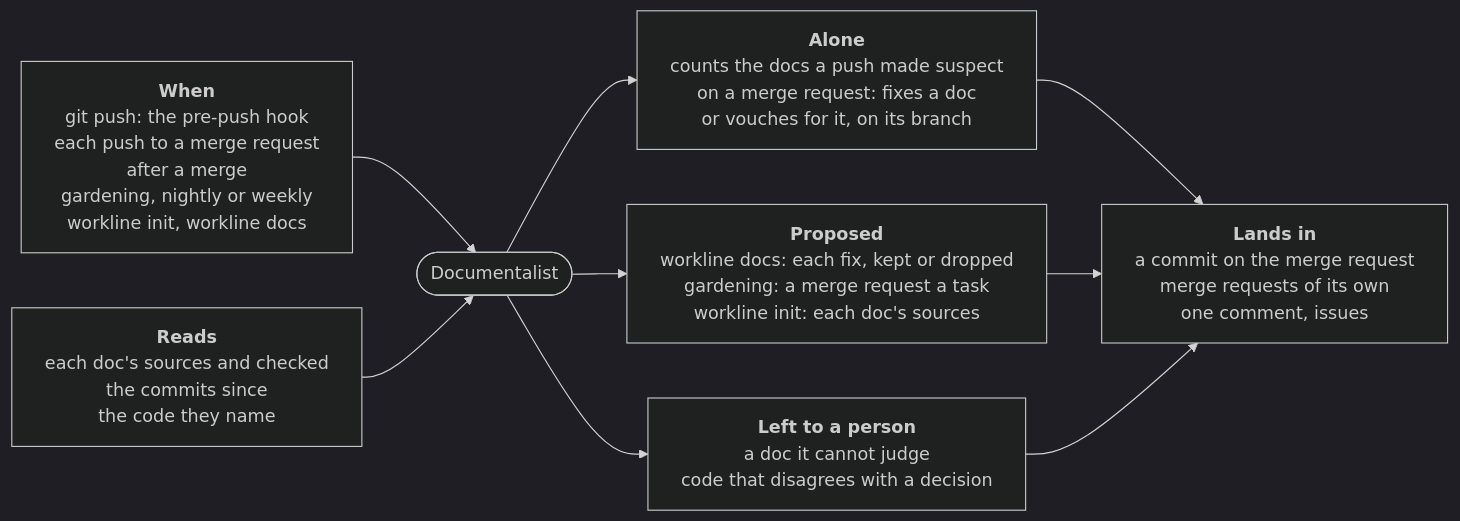
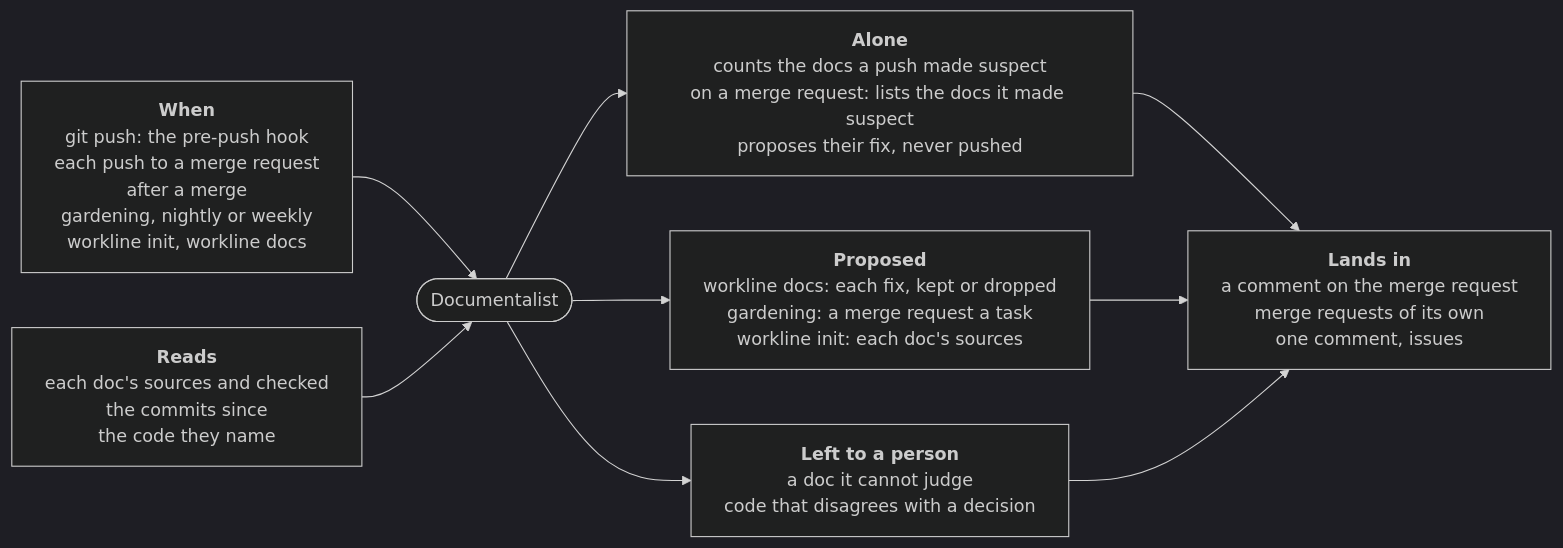
Before and after one commit to JN0V/workline: the diagram in roles/documentalist/README.md, drawn with Mermaid (dark theme). The commit also changed other lines of this file and 84 other files, not shown here.

Commit message:
feat!: push nothing to a merge request's branch (#623)

````diff
--- a/roles/documentalist/README.md
+++ b/roles/documentalist/README.md
@@ -9,16 +9,16 @@
 ```mermaid
 %%{init: {"flowchart": {"wrappingWidth": 400}}}%%
 flowchart LR
   when["<b>When</b><br/>git push: the pre-push hook<br/>each push to a merge request<br/>after a merge<br/>gardening, nightly or weekly<br/>workline init, workline docs"]
   reads["<b>Reads</b><br/>each doc's sources and checked<br/>the commits since<br/>the code they name"]
   role(["Documentalist"])
-  alone["<b>Alone</b><br/>counts the docs a push made suspect<br/>on a merge request: fixes a doc<br/>or vouches for it, on its branch"]
+  alone["<b>Alone</b><br/>counts the docs a push made suspect<br/>on a merge request: lists the docs it made suspect<br/>proposes their fix, never pushed"]
   proposed["<b>Proposed</b><br/>workline docs: each fix, kept or dropped<br/>gardening: a merge request a task<br/>workline init: each doc's sources"]
   person["<b>Left to a person</b><br/>a doc it cannot judge<br/>code that disagrees with a decision"]
-  out["<b>Lands in</b><br/>a commit on the merge request<br/>merge requests of its own<br/>one comment, issues"]
+  out["<b>Lands in</b><br/>a comment on the merge request<br/>merge requests of its own<br/>one comment, issues"]
   when --> role
   reads --> role
   role --> alone --> out
   role --> proposed --> out
   role --> person --> out
 ```
````
